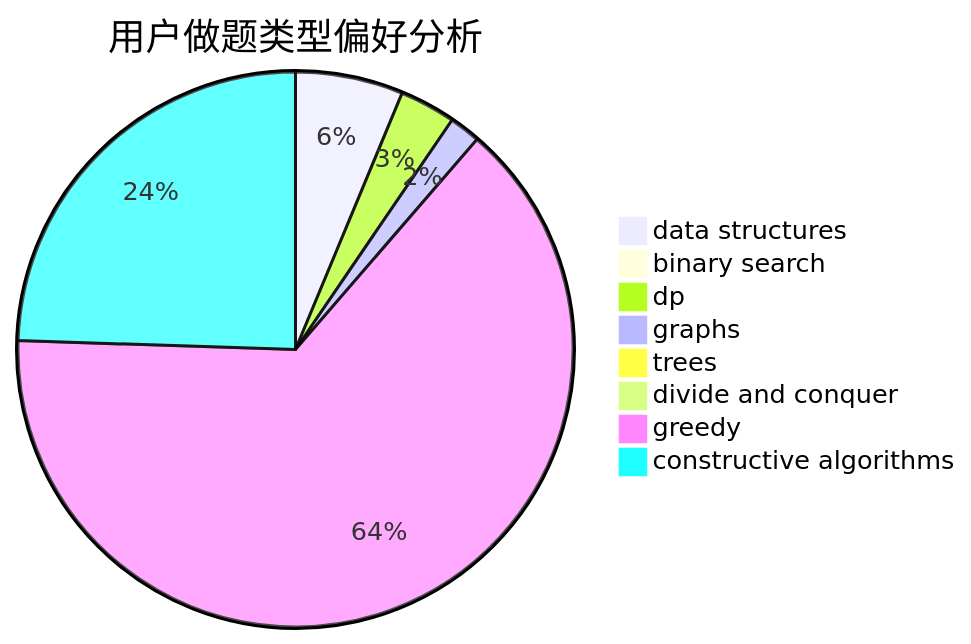
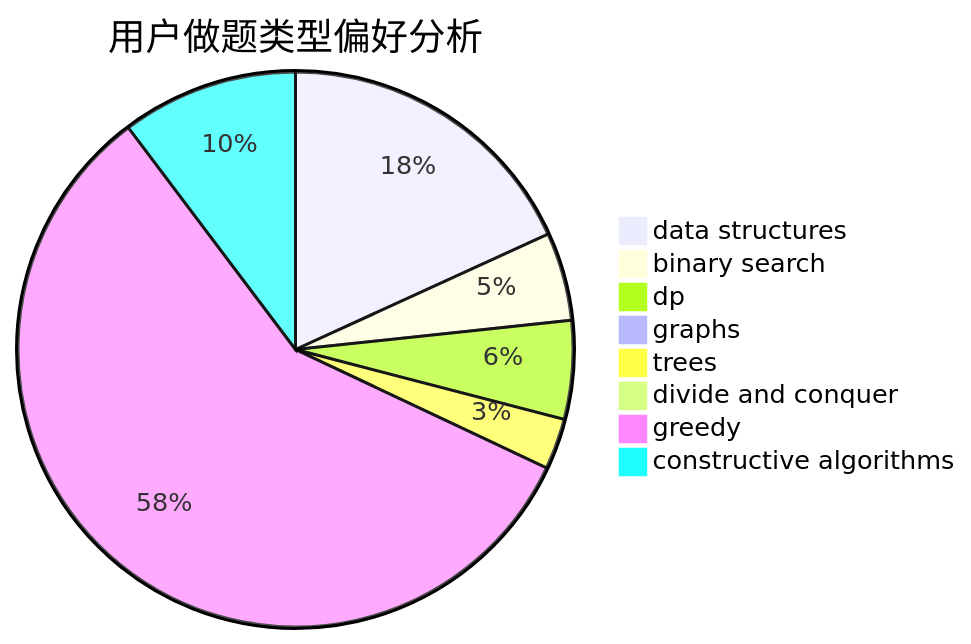
One commit to sherpahu/cfrs.github.io changed the second of 3 diagrams in docs/user/u446.md. Above: the diagram before and after it, drawn with Mermaid. The commit also changed other lines of this file and 2770 other files, not shown here.

````diff
--- a/docs/user/u446.md
+++ b/docs/user/u446.md
@@ -23,11 +23,11 @@
 ```mermaid
 pie title 用户做题类型偏好分析
-    "data structures" :  52
-    "binary search" :  4
-    "dp" :  27
-    "graphs" :  15
-    "trees" :  1
-    "divide and conquer" :  1
-    "greedy" :  532
-    "constructive algorithms" :  203
+    "data structures" :  92
+    "binary search" :  26
+    "dp" :  29
+    "graphs" :  0
+    "trees" :  15
+    "divide and conquer" :  0
+    "greedy" :  292
+    "constructive algorithms" :  52
 ```
````
